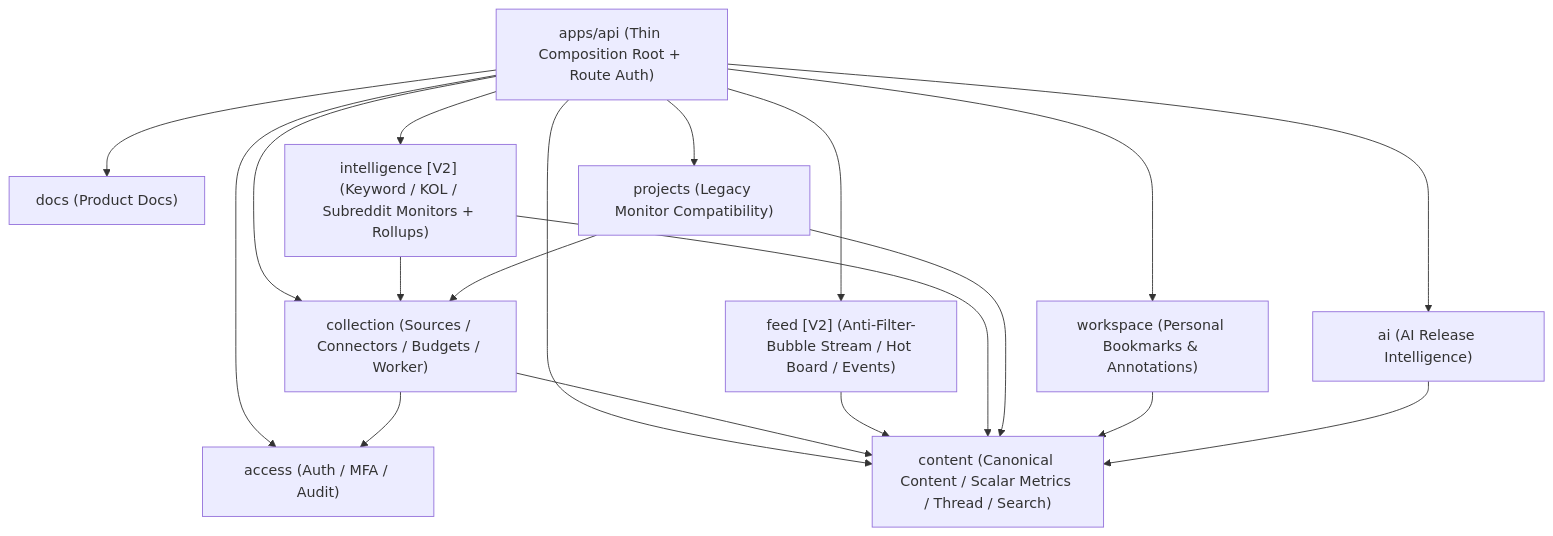
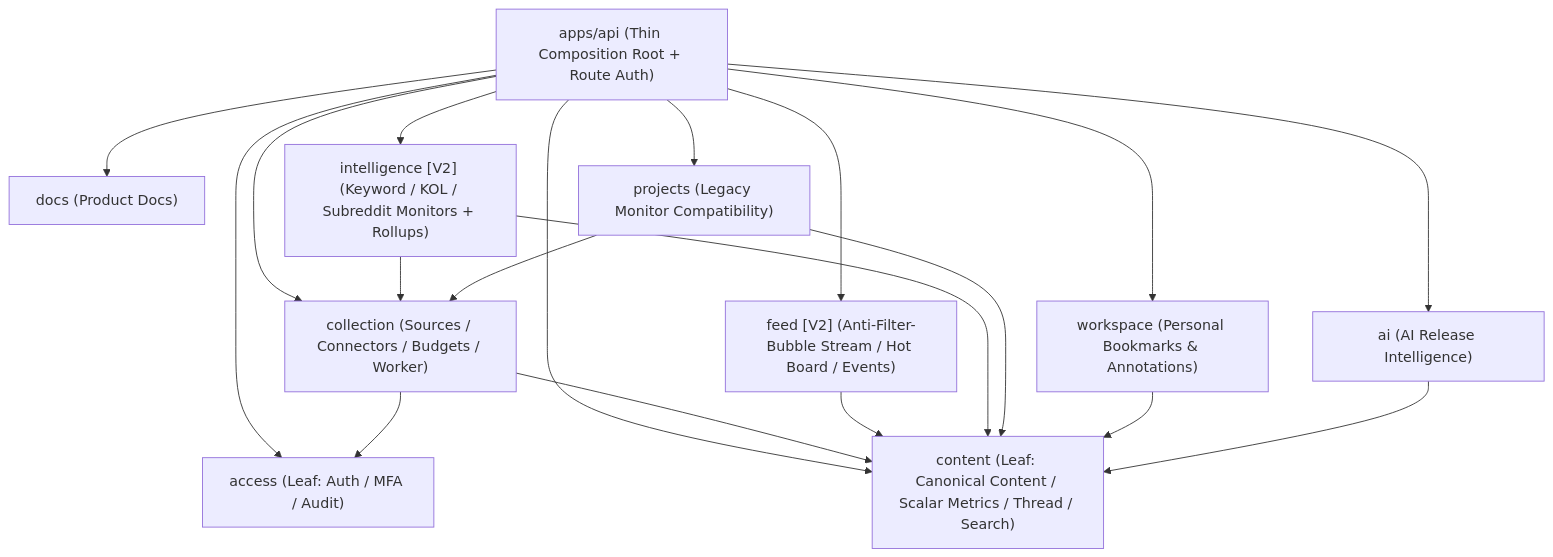
The diagram in docs/architecture.md (Euroish/reddit-monitoring-mvp), drawn with Mermaid before and after one commit. The commit also changed other lines of this file and 1 other file, not shown here.

Commit message:
docs: keep content as a strict leaf in the boundary description
0995d40 restored modules-content-leaf; align architecture.md and the blueprint note so the document matches the enforced rule.

````diff
--- a/docs/architecture.md
+++ b/docs/architecture.md
@@ -35,22 +35,22 @@
 ```mermaid
 flowchart TD
-  APP["apps/api (Thin Composition Root + Route Auth)"] --> ACCESS["access (Auth / MFA / Audit)"]
+  APP["apps/api (Thin Composition Root + Route Auth)"] --> ACCESS["access (Leaf: Auth / MFA / Audit)"]
   APP --> DOCS["docs (Product Docs)"]
-  APP --> CONTENT["content (Canonical Content / Scalar Metrics / Thread / Search)"]
+  APP --> CONTENT["content (Leaf: Canonical Content / Scalar Metrics / Thread / Search)"]
   APP --> COLLECTION["collection (Sources / Connectors / Budgets / Worker)"]
   APP --> FEED["feed [V2] (Anti-Filter-Bubble Stream / Hot Board / Events)"]
   APP --> INTEL["intelligence [V2] (Keyword / KOL / Subreddit Monitors + Rollups)"]
   APP --> PROJECTS["projects (Legacy Monitor Compatibility)"]
   APP --> WORKSPACE["workspace (Personal Bookmarks & Annotations)"]
   APP --> AI["ai (AI Release Intelligence)"]
 
   COLLECTION --> ACCESS
   COLLECTION --> CONTENT
   FEED --> CONTENT
   INTEL --> CONTENT
   INTEL --> COLLECTION
   PROJECTS --> CONTENT
   PROJECTS --> COLLECTION
   WORKSPACE --> CONTENT
   AI --> CONTENT
 ```
````
